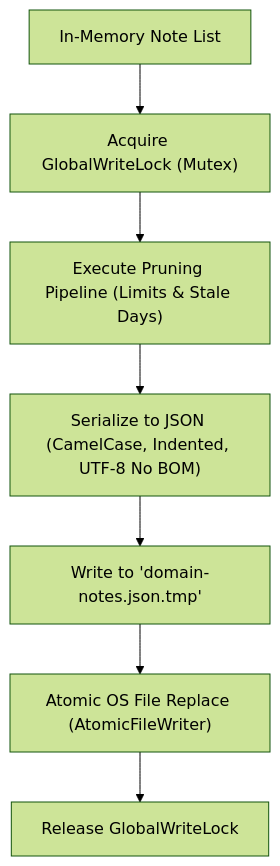
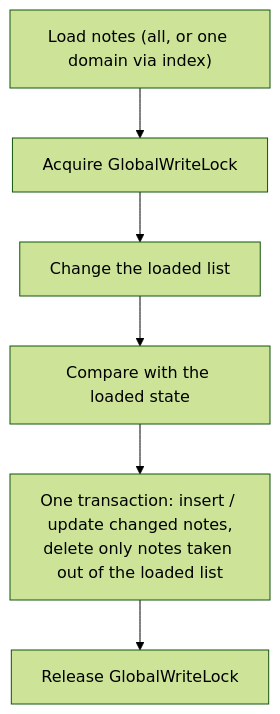
The third of 5 diagrams in docs/core-features/learning/domain-notes/authorship-permissions-and-storage.md (joelaniol/nova), drawn with Mermaid (forest theme) before and after one commit. The commit also changed other lines of this file and 9 other files, not shown here.

````diff
--- a/docs/core-features/learning/domain-notes/authorship-permissions-and-storage.md
+++ b/docs/core-features/learning/domain-notes/authorship-permissions-and-storage.md
@@ -136,12 +138,11 @@
 ```mermaid
 flowchart TD
-    Memory["In-Memory Note List"]
-    AcquireLock["Acquire GlobalWriteLock (Mutex)"]
-    PruneCycle["Execute Pruning Pipeline (Limits & Stale Days)"]
-    Serialize["Serialize to JSON (CamelCase, Indented, UTF-8 No BOM)"]
-    WriteTemp["Write to 'domain-notes.json.tmp'"]
-    AtomicSwap["Atomic OS File Replace (AtomicFileWriter)"]
+    Load["Load notes (all, or one domain via index)"]
+    Mutate["Change the loaded list"]
+    AcquireLock["Acquire GlobalWriteLock"]
+    Diff["Compare with the loaded state"]
+    Tx["One transaction: insert / update changed notes,<br/>delete only notes taken out of the loaded list"]
     ReleaseLock["Release GlobalWriteLock"]
 
-    Memory --> AcquireLock --> PruneCycle --> Serialize --> WriteTemp --> AtomicSwap --> ReleaseLock
+    Load --> AcquireLock --> Mutate --> Diff --> Tx --> ReleaseLock
 ```
````
